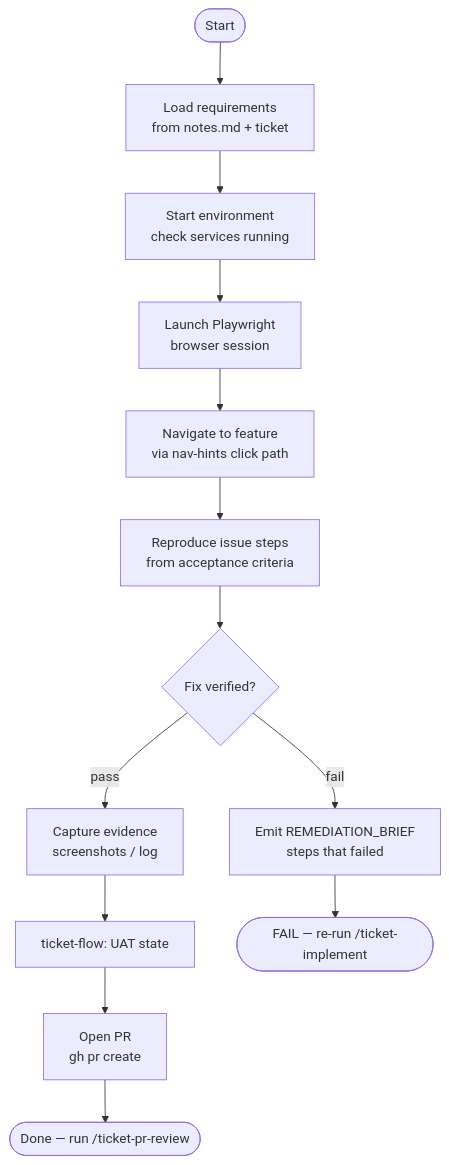
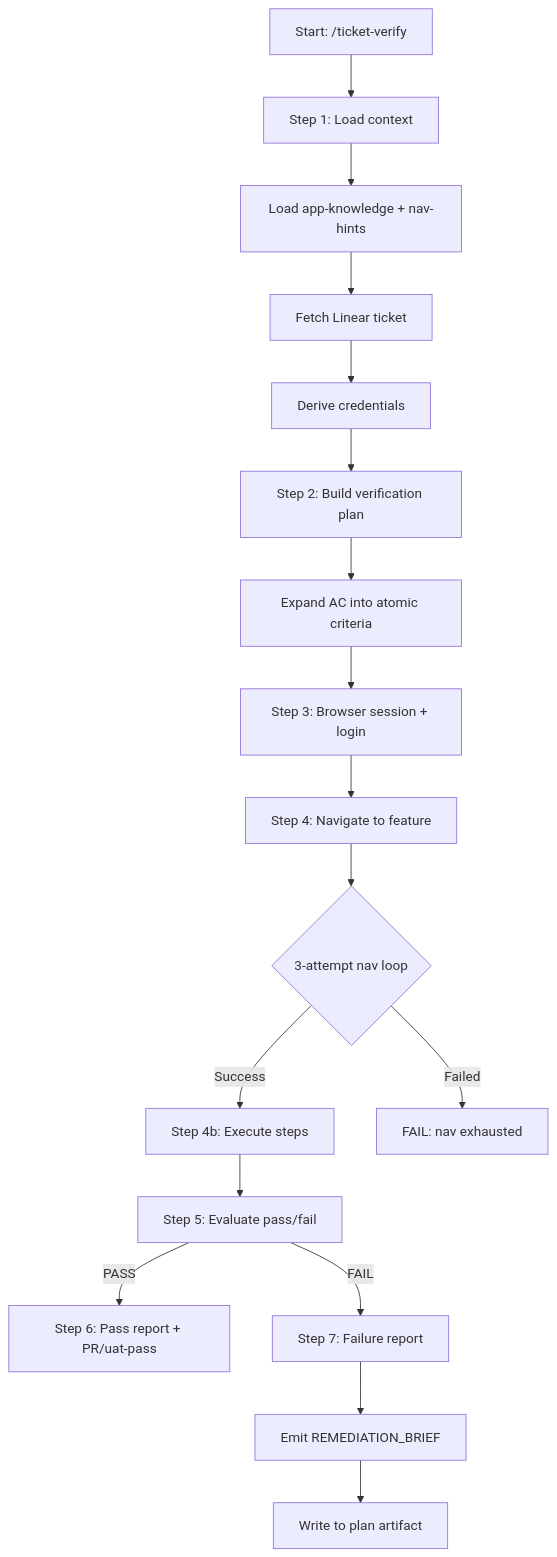
The diagram in ticket-auto-pipeline/docs/skills/ticket-verify.md (willard-pro/claude-plugins), drawn with Mermaid before and after one commit. The commit also changed other lines of this file and 39 other files, not shown here.

````diff
--- a/ticket-auto-pipeline/docs/skills/ticket-verify.md
+++ b/ticket-auto-pipeline/docs/skills/ticket-verify.md
@@ -36,15 +42,19 @@
 ```mermaid
 flowchart TD
-    A([Start]) --> B[Load requirements\nfrom notes.md + ticket]
-    B --> C[Start environment\ncheck services running]
-    C --> D[Launch Playwright\nbrowser session]
-    D --> E[Navigate to feature\nvia nav-hints click path]
-    E --> F[Reproduce issue steps\nfrom acceptance criteria]
-    F --> G{Fix verified?}
-    G -- pass --> H[Capture evidence\nscreenshots / log]
-    G -- fail --> I[Emit REMEDIATION_BRIEF\nsteps that failed]
-    H --> J[ticket-flow: UAT state]
-    J --> K[Open PR\ngh pr create]
-    K --> L([Done — run /ticket-pr-review])
-    I --> M([FAIL — re-run /ticket-implement])
+    A[Start: /ticket-verify] --> B[Step 1: Load context]
+    B --> C[Load app-knowledge + nav-hints]
+    C --> D[Fetch Linear ticket]
+    D --> E[Derive credentials]
+    E --> F[Step 2: Build verification plan]
+    F --> G[Expand AC into atomic criteria]
+    G --> H[Step 3: Browser session + login]
+    H --> I[Step 4: Navigate to feature]
+    I --> J{3-attempt nav loop}
+    J -->|Success| K[Step 4b: Execute steps]
+    J -->|Failed| FAIL1[FAIL: nav exhausted]
+    K --> L[Step 5: Evaluate pass/fail]
+    L -->|PASS| M[Step 6: Pass report + PR/uat-pass]
+    L -->|FAIL| N[Step 7: Failure report]
+    N --> O[Emit REMEDIATION_BRIEF]
+    O --> P[Write to plan artifact]
 ```
````
